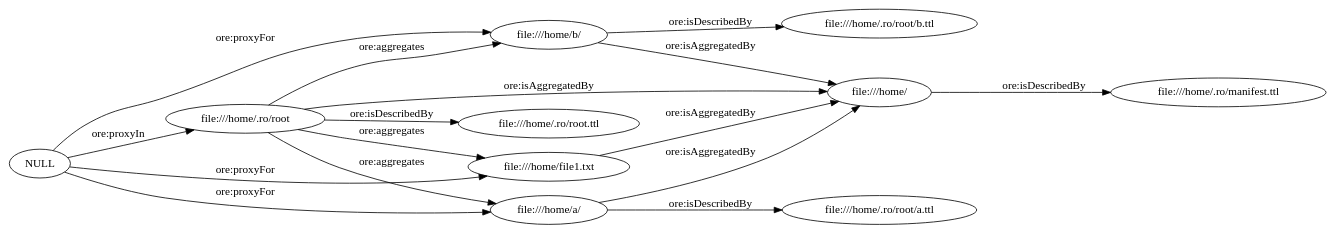
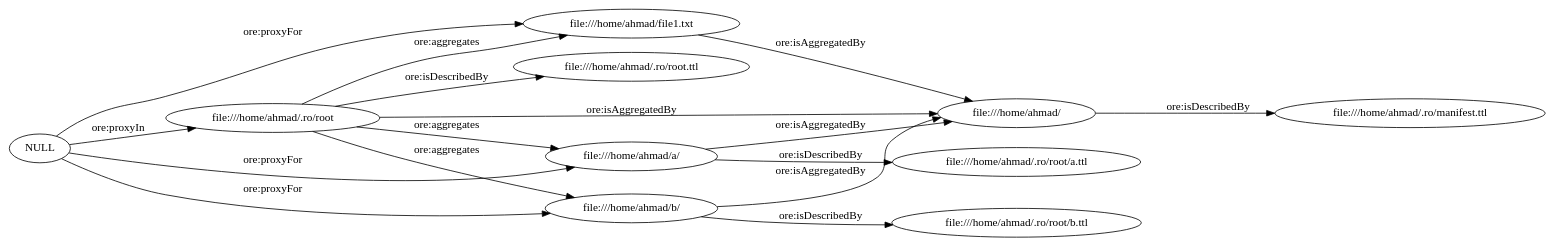
One commit to ahmad88me/ro changed the diagram in OnToology/examples/folders/.ro/root.ttl/diagrams/ar2dtool-class/root.ttl.png.dot. Above: the diagram before and after it, drawn with Graphviz. The commit also changed 231 other files, not shown here.

```diff
--- a/OnToology/examples/folders/.ro/root.ttl/diagrams/ar2dtool-class/root.ttl.png.dot
+++ b/OnToology/examples/folders/.ro/root.ttl/diagrams/ar2dtool-class/root.ttl.png.dot
@@ -1,20 +1,20 @@
 digraph ar2dtool_diagram { 
 rankdir=LR;
 size="1501"
-	"file:///home/b/" -> "file:///home/.ro/root/b.ttl" [ label = "ore:isDescribedBy" ];
-	"file:///home/b/" -> "file:///home/" [ label = "ore:isAggregatedBy" ];
-	"file:///home/" -> "file:///home/.ro/manifest.ttl" [ label = "ore:isDescribedBy" ];
-	"file:///home/file1.txt" -> "file:///home/" [ label = "ore:isAggregatedBy" ];
-	"file:///home/a/" -> "file:///home/.ro/root/a.ttl" [ label = "ore:isDescribedBy" ];
-	"file:///home/a/" -> "file:///home/" [ label = "ore:isAggregatedBy" ];
-	"NULL" -> "file:///home/file1.txt" [ label = "ore:proxyFor" ];
-	"NULL" -> "file:///home/b/" [ label = "ore:proxyFor" ];
-	"NULL" -> "file:///home/.ro/root" [ label = "ore:proxyIn" ];
-	"NULL" -> "file:///home/a/" [ label = "ore:proxyFor" ];
-	"file:///home/.ro/root" -> "file:///home/b/" [ label = "ore:aggregates" ];
-	"file:///home/.ro/root" -> "file:///home/a/" [ label = "ore:aggregates" ];
-	"file:///home/.ro/root" -> "file:///home/file1.txt" [ label = "ore:aggregates" ];
-	"file:///home/.ro/root" -> "file:///home/.ro/root.ttl" [ label = "ore:isDescribedBy" ];
-	"file:///home/.ro/root" -> "file:///home/" [ label = "ore:isAggregatedBy" ];
+	"file:///home/ahmad/a/" -> "file:///home/ahmad/.ro/root/a.ttl" [ label = "ore:isDescribedBy" ];
+	"file:///home/ahmad/a/" -> "file:///home/ahmad/" [ label = "ore:isAggregatedBy" ];
+	"file:///home/ahmad/file1.txt" -> "file:///home/ahmad/" [ label = "ore:isAggregatedBy" ];
+	"file:///home/ahmad/.ro/root" -> "file:///home/ahmad/b/" [ label = "ore:aggregates" ];
+	"file:///home/ahmad/.ro/root" -> "file:///home/ahmad/a/" [ label = "ore:aggregates" ];
+	"file:///home/ahmad/.ro/root" -> "file:///home/ahmad/file1.txt" [ label = "ore:aggregates" ];
+	"file:///home/ahmad/.ro/root" -> "file:///home/ahmad/.ro/root.ttl" [ label = "ore:isDescribedBy" ];
+	"file:///home/ahmad/.ro/root" -> "file:///home/ahmad/" [ label = "ore:isAggregatedBy" ];
+	"file:///home/ahmad/b/" -> "file:///home/ahmad/.ro/root/b.ttl" [ label = "ore:isDescribedBy" ];
+	"file:///home/ahmad/b/" -> "file:///home/ahmad/" [ label = "ore:isAggregatedBy" ];
+	"NULL" -> "file:///home/ahmad/a/" [ label = "ore:proxyFor" ];
+	"NULL" -> "file:///home/ahmad/file1.txt" [ label = "ore:proxyFor" ];
+	"NULL" -> "file:///home/ahmad/.ro/root" [ label = "ore:proxyIn" ];
+	"NULL" -> "file:///home/ahmad/b/" [ label = "ore:proxyFor" ];
+	"file:///home/ahmad/" -> "file:///home/ahmad/.ro/manifest.ttl" [ label = "ore:isDescribedBy" ];
 
 }
```
